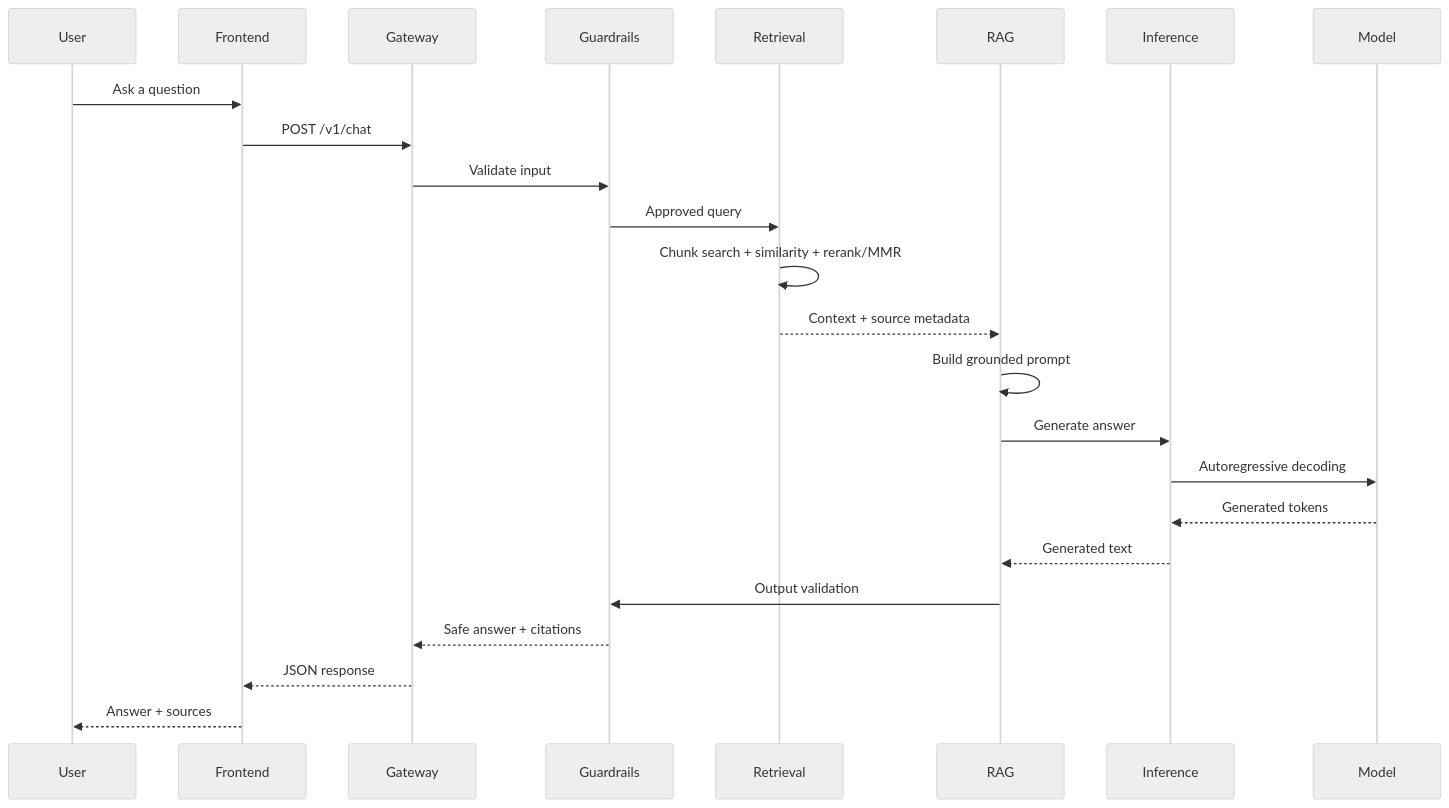
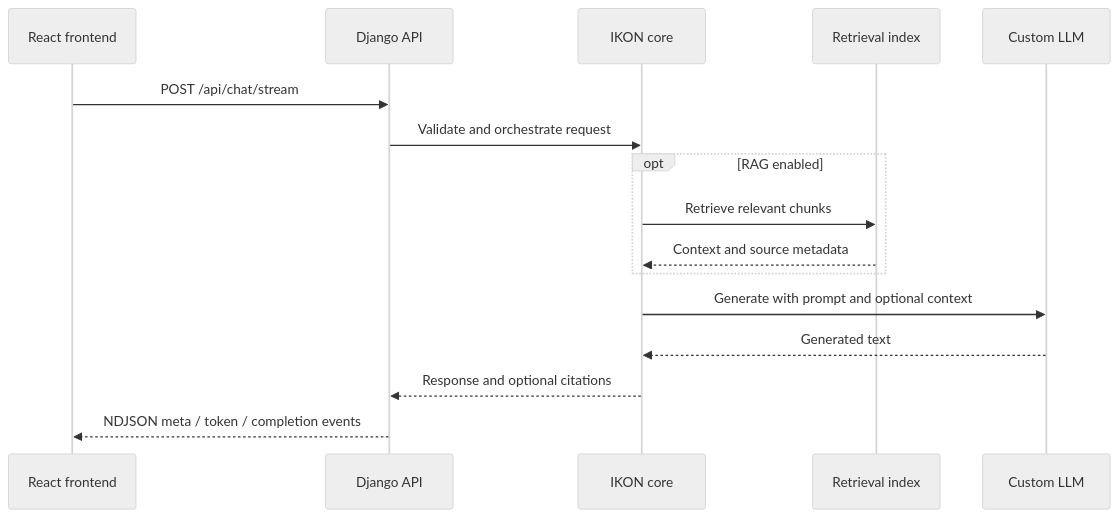
The third of 3 diagrams in README.md (SireSoft-USA/SireSoft-IKON-v1.0.0), drawn with Mermaid (neutral theme) before and after one commit. The commit also changed other lines of this file and 34 other files, not shown here.

Commit message:
refactor: migrate backend from FastAPI to Django while preserving LLM, RAG, CUDA and React

````diff
--- a/README.md
+++ b/README.md
@@ -275,27 +94,18 @@
 ```mermaid
 sequenceDiagram
-    participant User
-    participant Frontend
-    participant Gateway
-    participant Guardrails
-    participant Retrieval
-    participant RAG
-    participant Inference
-    participant Model
-
-    User->>Frontend: Ask a question
-    Frontend->>Gateway: POST /v1/chat
-    Gateway->>Guardrails: Validate input
-    Guardrails->>Retrieval: Approved query
-    Retrieval->>Retrieval: Chunk search + similarity + rerank/MMR
-    Retrieval-->>RAG: Context + source metadata
-    RAG->>RAG: Build grounded prompt
-    RAG->>Inference: Generate answer
-    Inference->>Model: Autoregressive decoding
-    Model-->>Inference: Generated tokens
-    Inference-->>RAG: Generated text
-    RAG->>Guardrails: Output validation
-    Guardrails-->>Gateway: Safe answer + citations
-    Gateway-->>Frontend: JSON response
-    Frontend-->>User: Answer + sources
+    participant UI as React frontend
+    participant API as Django API
+    participant IKON as IKON core
+    participant Search as Retrieval index
+    participant LLM as Custom LLM
+    UI->>API: POST /api/chat/stream
+    API->>IKON: Validate and orchestrate request
+    opt RAG enabled
+        IKON->>Search: Retrieve relevant chunks
+        Search-->>IKON: Context and source metadata
+    end
+    IKON->>LLM: Generate with prompt and optional context
+    LLM-->>IKON: Generated text
+    IKON-->>API: Response and optional citations
+    API-->>UI: NDJSON meta / token / completion events
 ```
````
